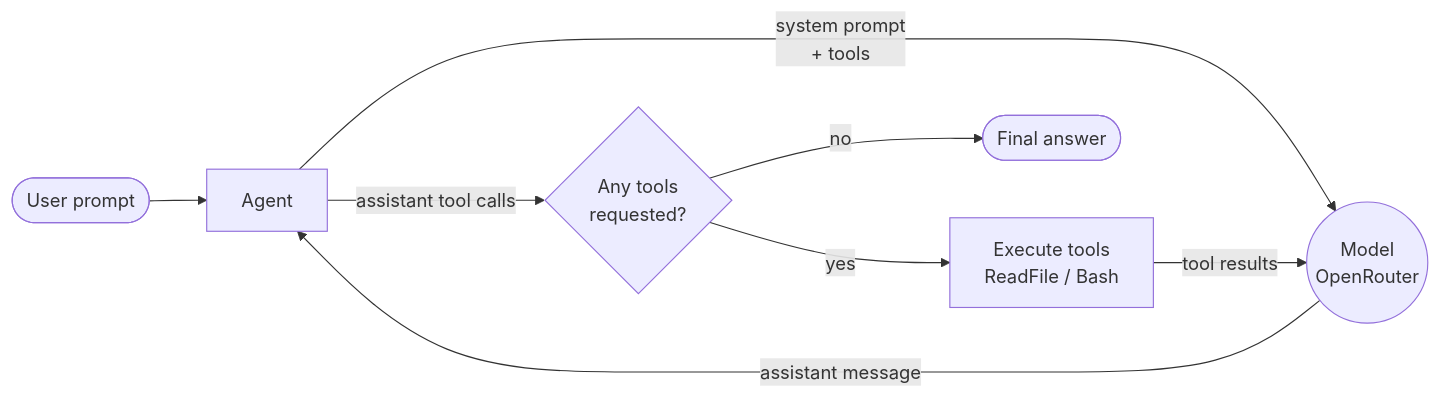
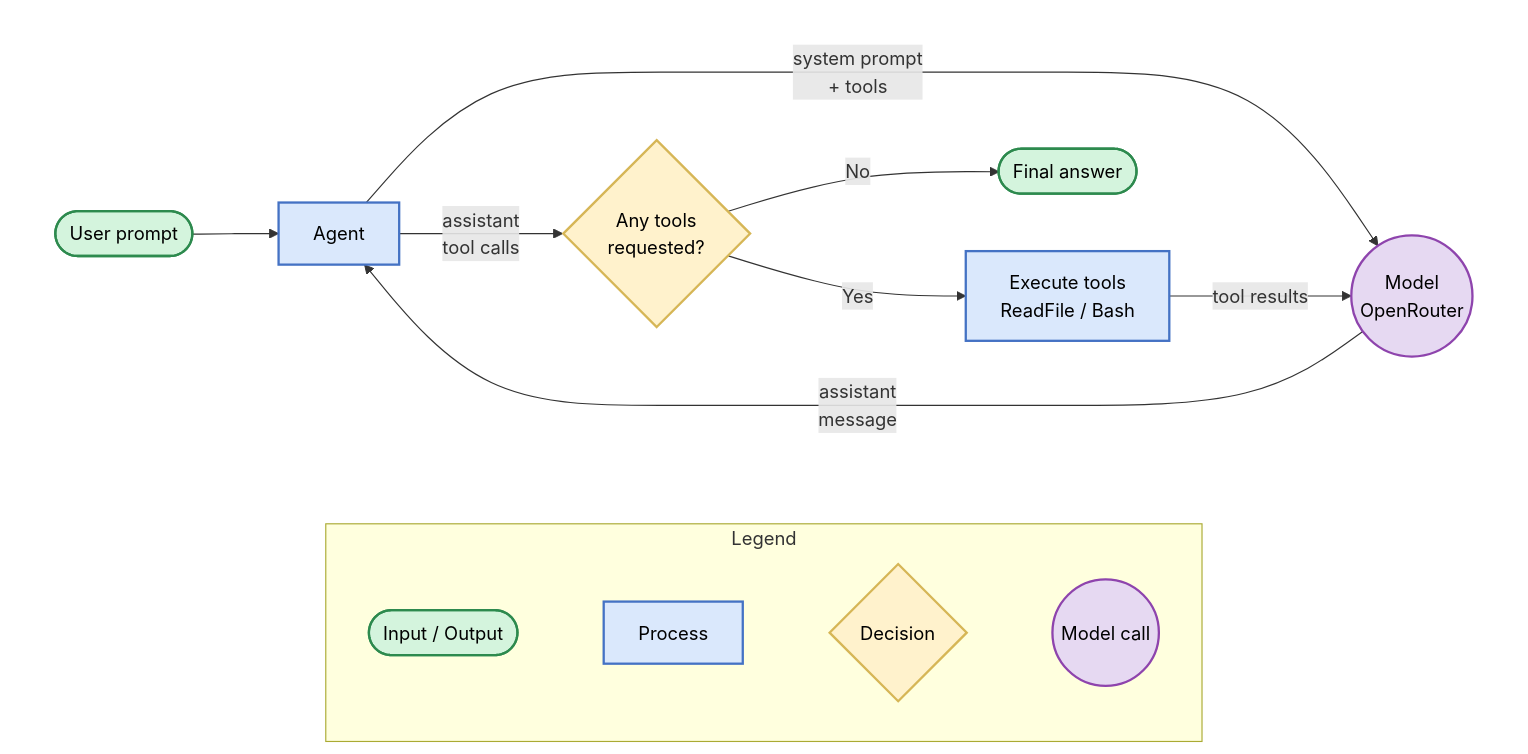
The diagram in README.md (TinySquid/agent-loop), drawn with Mermaid before and after one commit. The commit also changed 5 other files, not shown here.

````diff
--- a/README.md
+++ b/README.md
@@ -11,10 +11,31 @@
 ```mermaid
-flowchart LR
-    P([User prompt]) --> A[Agent]
-    A -->|system prompt<br>+ tools| M(("Model<br/>OpenRouter"))
-    M -->|assistant message| A
-    A -->|assistant tool calls| T{"Any tools<br/>requested?"}
-    T -->|no| F([Final answer])
-    T -->|yes| E[Execute tools<br>ReadFile / Bash]
-    E -->|tool results| M
+flowchart TD
+    subgraph Main[" "]
+        direction LR
+        P([User prompt]) --> A[Agent]
+        A -->|"system prompt<br/>+ tools"| M(("Model<br/>OpenRouter"))
+        M -->|"assistant<br/>message"| A
+        A -->|"assistant<br/>tool calls"| T{"Any tools<br/>requested?"}
+        T -->|No| F([Final answer])
+        T -->|Yes| E["Execute tools<br/>ReadFile / Bash"]
+        E -->|"tool results"| M
+    end
+
+    subgraph Legend["Legend"]
+        direction LR
+        L1([Input / Output]) ~~~ L2[Process] ~~~ L3{Decision} ~~~ L4((Model call))
+    end
+
+    Main ~~~ Legend
+
+    classDef io fill:#d4f4dd,stroke:#2d8a4e,stroke-width:2px,color:#000
+    classDef process fill:#dae8fc,stroke:#4472c4,stroke-width:2px,color:#000
+    classDef decision fill:#fff2cc,stroke:#d6b656,stroke-width:2px,color:#000
+    classDef model fill:#e6d9f2,stroke:#8e44ad,stroke-width:2px,color:#000
+    style Main fill:none,stroke:none
+
+    class P,F,L1 io
+    class A,E,L2 process
+    class T,L3 decision
+    class M,L4 model
 ```
````
